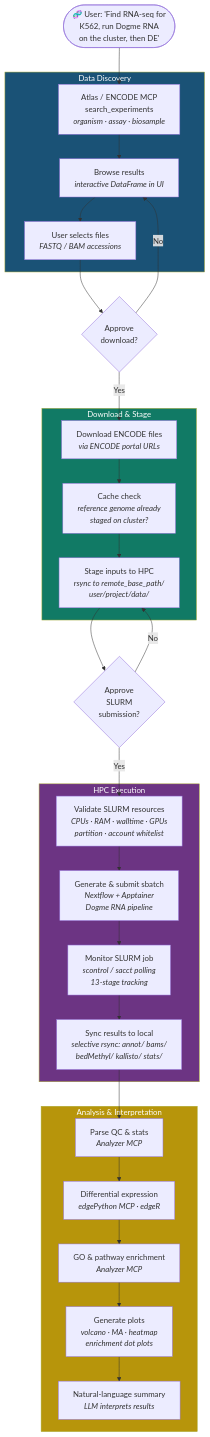
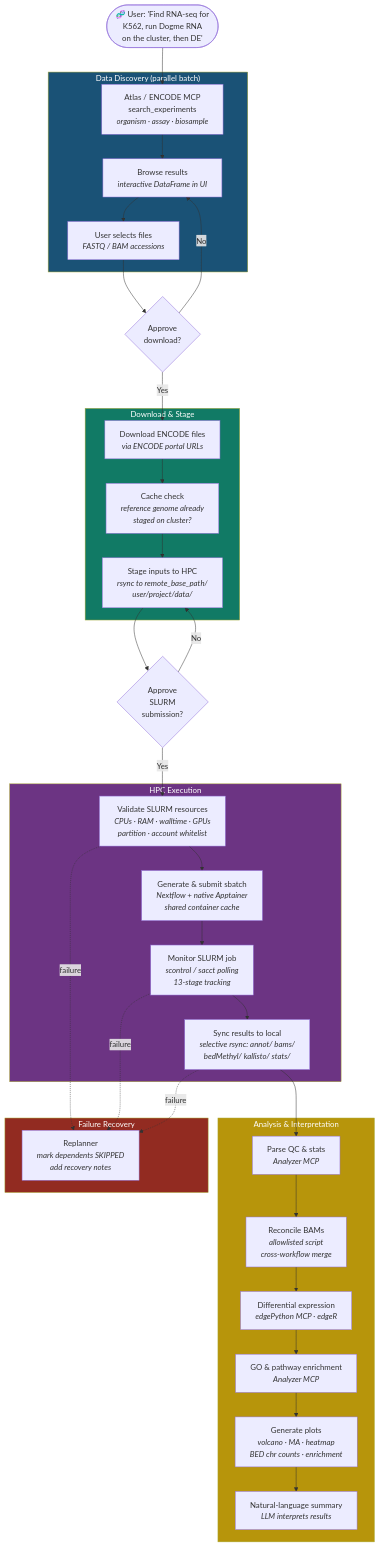
One commit to mortazavilab/agoutic changed the fifth of 8 diagrams in docs/architecture_diagrams.md. Above: the diagram before and after it, drawn with Mermaid. The commit also changed other lines of this file and 26 other files, not shown here.

````diff
--- a/docs/architecture_diagrams.md
+++ b/docs/architecture_diagrams.md
@@ -258,49 +314,59 @@
 ```mermaid
 flowchart TB
     Start(["🧬 User: 'Find RNA-seq for<br/>K562, run Dogme RNA<br/>on the cluster, then DE'"])
 
-    subgraph Phase1 ["Data Discovery"]
+    subgraph Phase1 ["Data Discovery (parallel batch)"]
         Search["Atlas / ENCODE MCP<br/>search_experiments<br/><i>organism · assay · biosample</i>"]
         Browse["Browse results<br/><i>interactive DataFrame in UI</i>"]
         Select["User selects files<br/><i>FASTQ / BAM accessions</i>"]
     end
 
     DL{"Approve<br/>download?"}
 
     subgraph Phase2 ["Download & Stage"]
         Download["Download ENCODE files<br/><i>via ENCODE portal URLs</i>"]
         Cache["Cache check<br/><i>reference genome already<br/>staged on cluster?</i>"]
         Stage["Stage inputs to HPC<br/><i>rsync to remote_base_path/<br/>user/project/data/</i>"]
     end
 
     Submit{"Approve<br/>SLURM<br/>submission?"}
 
     subgraph Phase3 ["HPC Execution"]
         Validate["Validate SLURM resources<br/><i>CPUs · RAM · walltime · GPUs<br/>partition · account whitelist</i>"]
-        Sbatch["Generate & submit sbatch<br/><i>Nextflow + Apptainer<br/>Dogme RNA pipeline</i>"]
+        Sbatch["Generate & submit sbatch<br/><i>Nextflow + native Apptainer<br/>shared container cache</i>"]
         Poll["Monitor SLURM job<br/><i>scontrol / sacct polling<br/>13-stage tracking</i>"]
         Sync["Sync results to local<br/><i>selective rsync: annot/ bams/<br/>bedMethyl/ kallisto/ stats/</i>"]
     end
 
     subgraph Phase4 ["Analysis & Interpretation"]
         QC["Parse QC & stats<br/><i>Analyzer MCP</i>"]
+        Reconcile["Reconcile BAMs<br/><i>allowlisted script<br/>cross-workflow merge</i>"]
         DE["Differential expression<br/><i>edgePython MCP · edgeR</i>"]
         Enrich["GO & pathway enrichment<br/><i>Analyzer MCP</i>"]
-        Plots["Generate plots<br/><i>volcano · MA · heatmap<br/>enrichment dot plots</i>"]
+        Plots["Generate plots<br/><i>volcano · MA · heatmap<br/>BED chr counts · enrichment</i>"]
         Summary["Natural-language summary<br/><i>LLM interprets results</i>"]
+    end
+
+    subgraph Recovery ["Failure Recovery"]
+        Replanner["Replanner<br/><i>mark dependents SKIPPED<br/>add recovery notes</i>"]
     end
 
     Start --> Search --> Browse --> Select --> DL
     DL -->|Yes| Download --> Cache --> Stage --> Submit
     DL -->|No| Browse
 
     Submit -->|Yes| Validate --> Sbatch --> Poll --> Sync
     Submit -->|No| Stage
 
-    Sync --> QC --> DE --> Enrich --> Plots --> Summary
+    Sync --> QC --> Reconcile --> DE --> Enrich --> Plots --> Summary
+
+    Validate -.->|failure| Replanner
+    Poll -.->|failure| Replanner
+    Sync -.->|failure| Replanner
 
     style Phase1 fill:#1a5276,color:#fff
     style Phase2 fill:#117a65,color:#fff
     style Phase3 fill:#6c3483,color:#fff
     style Phase4 fill:#b7950b,color:#fff
+    style Recovery fill:#922b21,color:#fff
 ```
````
